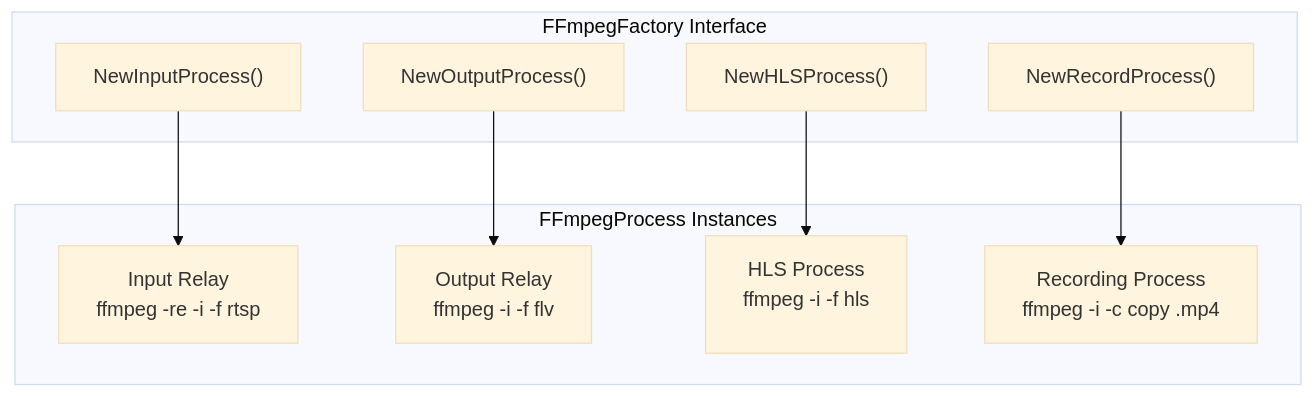
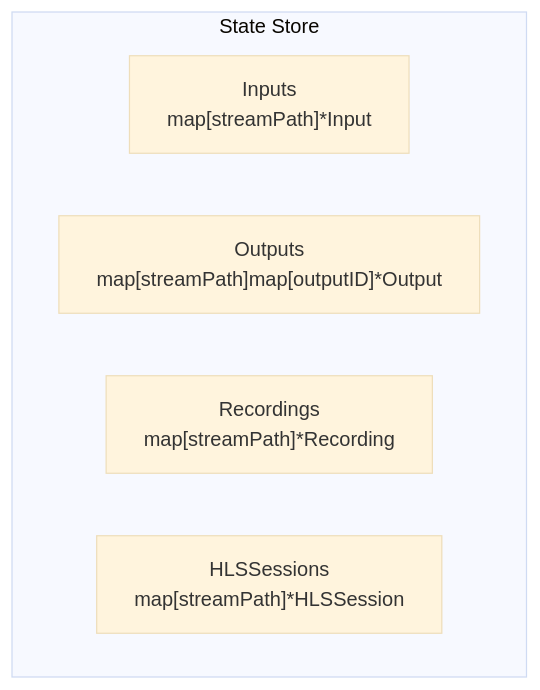
One commit to krsna1729/go-mls changed the fourth of 5 diagrams in docs/architecture.md. Above: the diagram before and after it, drawn with Mermaid (base theme). The commit also changed other lines of this file and 1 other file, not shown here.

First line of the commit message:
docs: Update architecture and configuration docs

````diff
--- a/docs/architecture.md
+++ b/docs/architecture.md
@@ -248,21 +123,9 @@
 ```mermaid
 flowchart TB
-    subgraph factory["FFmpegFactory Interface"]
-        A["NewInputProcess()"]
-        B["NewOutputProcess()"]
-        C["NewHLSProcess()"]
-        D["NewRecordProcess()"]
+    subgraph state["State Store"]
+        A["Inputs<br/>map[streamPath]*Input"]
+        B["Outputs<br/>map[streamPath]map[outputID]*Output"]
+        C["Recordings<br/>map[streamPath]*Recording"]
+        D["HLSSessions<br/>map[streamPath]*HLSSession"]
     end
-    
-    subgraph processes["FFmpegProcess Instances"]
-        E["Input Relay<br/>ffmpeg -re -i <src> -f rtsp <rtsp://>"]
-        F["Output Relay<br/>ffmpeg <opts> -i <rtsp://> -f flv <dest>"]
-        G["HLS Process<br/>ffmpeg <opts> -i <rtsp://> -f hls <dir>"]
-        H["Recording Process<br/>ffmpeg -i <rtsp://> -c copy <file>.mp4"]
-    end
-    
-    A --> E
-    B --> F
-    C --> G
-    D --> H
 ```
````
